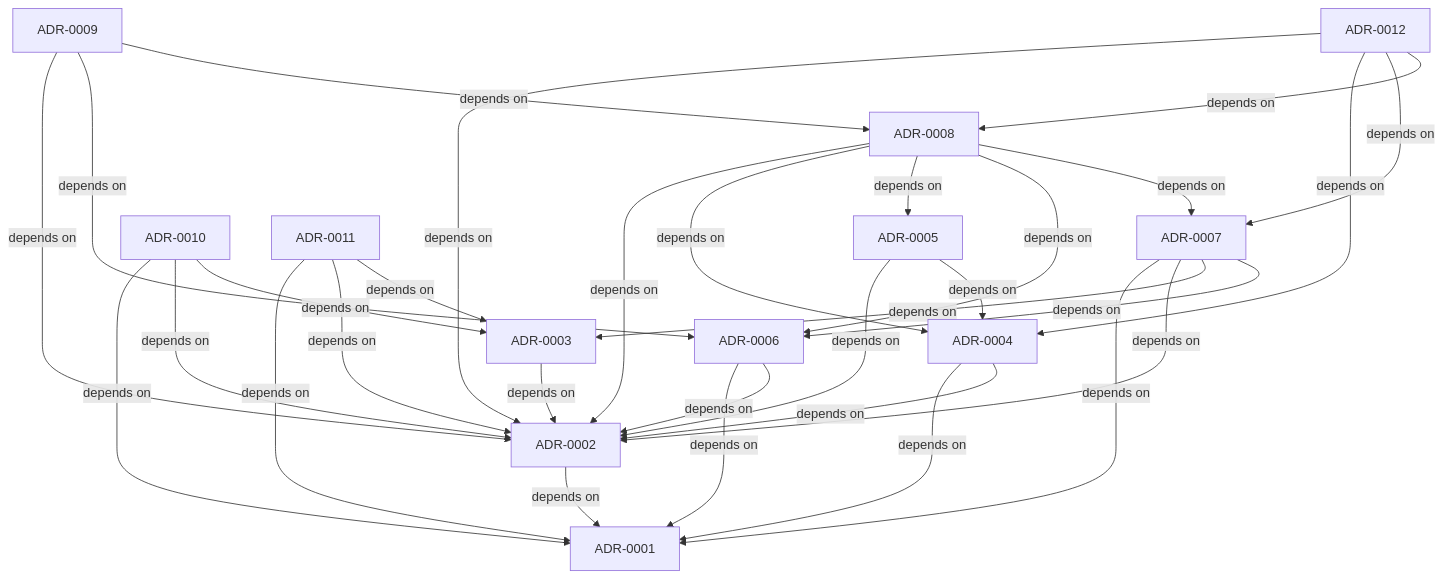
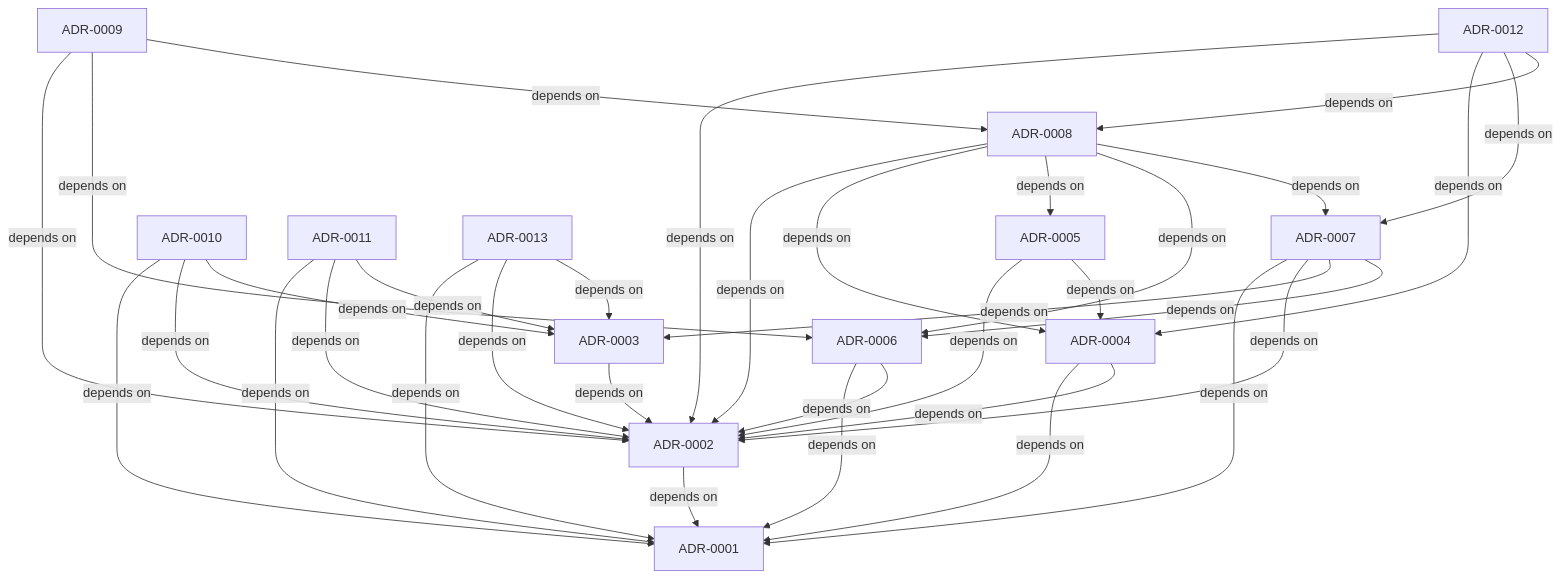
Before and after one commit to rudycelekli/kin-connect: the diagram in docs/decisions.md, drawn with Mermaid. The commit also changed other lines of this file and 19 other files, not shown here.

````diff
--- a/docs/decisions.md
+++ b/docs/decisions.md
@@ -22,45 +23,49 @@
 ```mermaid
 graph TD
   ADR_0001["ADR-0001"]
   ADR_0002["ADR-0002"]
   ADR_0003["ADR-0003"]
   ADR_0004["ADR-0004"]
   ADR_0005["ADR-0005"]
   ADR_0006["ADR-0006"]
   ADR_0007["ADR-0007"]
   ADR_0008["ADR-0008"]
   ADR_0009["ADR-0009"]
   ADR_0010["ADR-0010"]
   ADR_0011["ADR-0011"]
   ADR_0012["ADR-0012"]
+  ADR_0013["ADR-0013"]
   ADR_0002 -->|depends on| ADR_0001
   ADR_0003 -->|depends on| ADR_0002
   ADR_0004 -->|depends on| ADR_0001
   ADR_0004 -->|depends on| ADR_0002
   ADR_0005 -->|depends on| ADR_0002
   ADR_0005 -->|depends on| ADR_0004
   ADR_0006 -->|depends on| ADR_0001
   ADR_0006 -->|depends on| ADR_0002
   ADR_0007 -->|depends on| ADR_0001
   ADR_0007 -->|depends on| ADR_0002
   ADR_0007 -->|depends on| ADR_0003
   ADR_0007 -->|depends on| ADR_0006
   ADR_0008 -->|depends on| ADR_0002
   ADR_0008 -->|depends on| ADR_0004
   ADR_0008 -->|depends on| ADR_0005
   ADR_0008 -->|depends on| ADR_0006
   ADR_0008 -->|depends on| ADR_0007
   ADR_0009 -->|depends on| ADR_0002
   ADR_0009 -->|depends on| ADR_0006
   ADR_0009 -->|depends on| ADR_0008
   ADR_0010 -->|depends on| ADR_0001
   ADR_0010 -->|depends on| ADR_0002
   ADR_0010 -->|depends on| ADR_0003
   ADR_0011 -->|depends on| ADR_0001
   ADR_0011 -->|depends on| ADR_0002
   ADR_0011 -->|depends on| ADR_0003
   ADR_0012 -->|depends on| ADR_0002
   ADR_0012 -->|depends on| ADR_0004
   ADR_0012 -->|depends on| ADR_0007
   ADR_0012 -->|depends on| ADR_0008
+  ADR_0013 -->|depends on| ADR_0001
+  ADR_0013 -->|depends on| ADR_0002
+  ADR_0013 -->|depends on| ADR_0003
 ```
````
